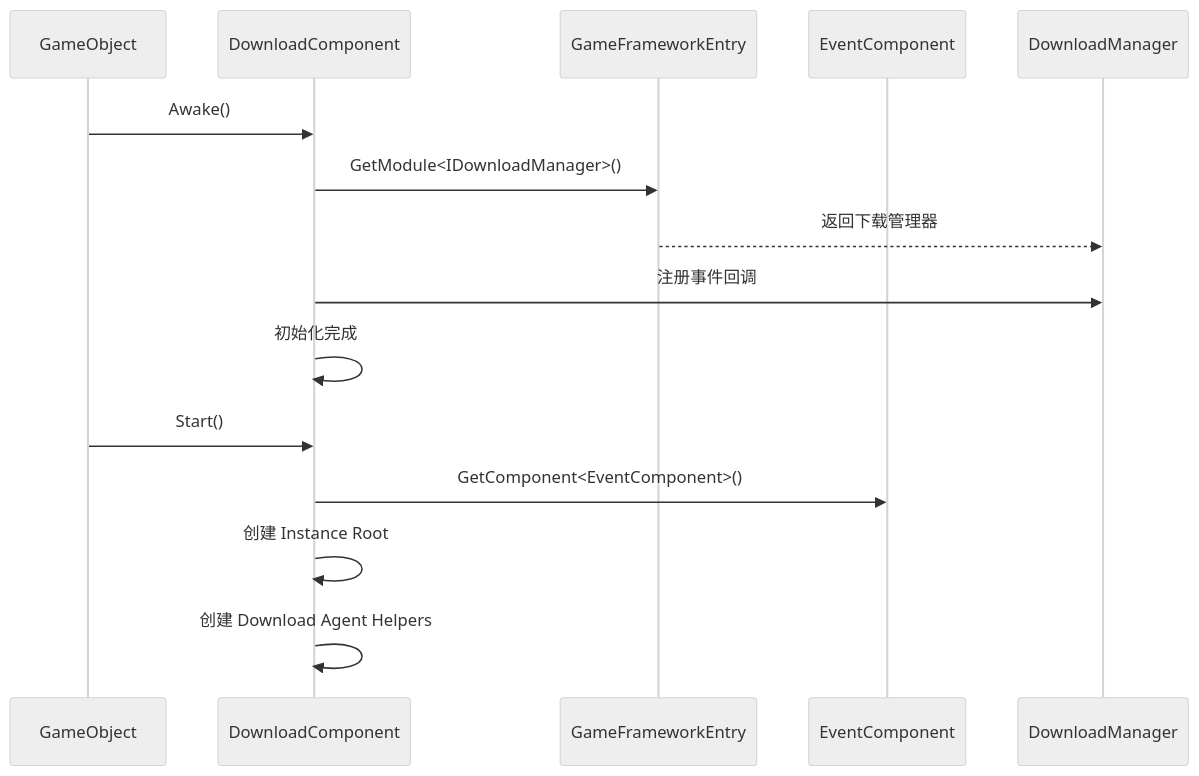
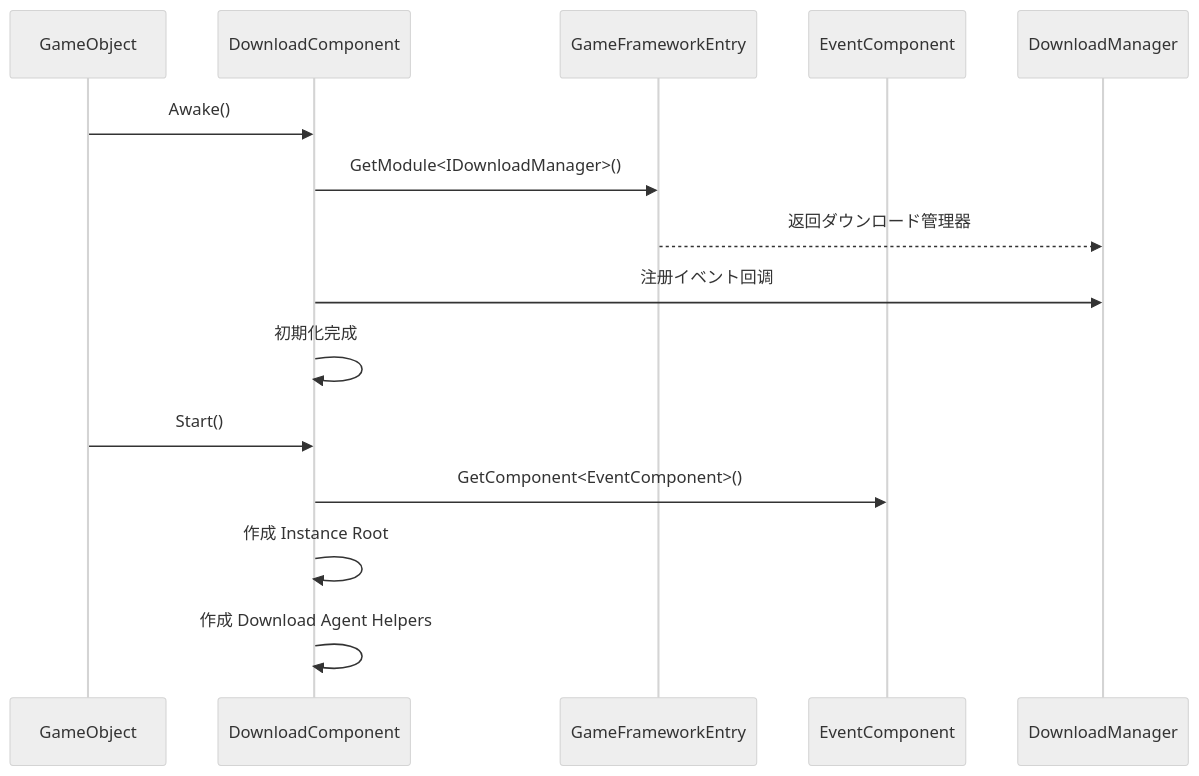
Before and after one commit to AlianBlank/GameFrameX.Docs: the second of 2 diagrams in docs/ja/client/unity/component/download/06.basic-setup.md, drawn with Mermaid (neutral theme). The commit also changed other lines of this file and 603 other files, not shown here.

````diff
--- a/docs/ja/client/unity/component/download/06.basic-setup.md
+++ b/docs/ja/client/unity/component/download/06.basic-setup.md
@@ -153,19 +153,19 @@
 ```mermaid
 sequenceDiagram
     participant GameObject as GameObject
     participant DownloadComponent as DownloadComponent
     participant GameFrameworkEntry as GameFrameworkEntry
     participant EventComponent as EventComponent
     participant DownloadManager as DownloadManager
 
     GameObject->>DownloadComponent: Awake()
     DownloadComponent->>GameFrameworkEntry: GetModule<IDownloadManager>()
-    GameFrameworkEntry-->>DownloadManager: 返回下载管理器
-    DownloadComponent->>DownloadManager: 注册事件回调
-    DownloadComponent->>DownloadComponent: 初始化完成
+    GameFrameworkEntry-->>DownloadManager: 返回ダウンロード管理器
+    DownloadComponent->>DownloadManager: 注册イベント回调
+    DownloadComponent->>DownloadComponent: 初期化完成
 
     GameObject->>DownloadComponent: Start()
     DownloadComponent->>EventComponent: GetComponent<EventComponent>()
-    DownloadComponent->>DownloadComponent: 创建 Instance Root
-    DownloadComponent->>DownloadComponent: 创建 Download Agent Helpers
+    DownloadComponent->>DownloadComponent: 作成 Instance Root
+    DownloadComponent->>DownloadComponent: 作成 Download Agent Helpers
 ```
````
